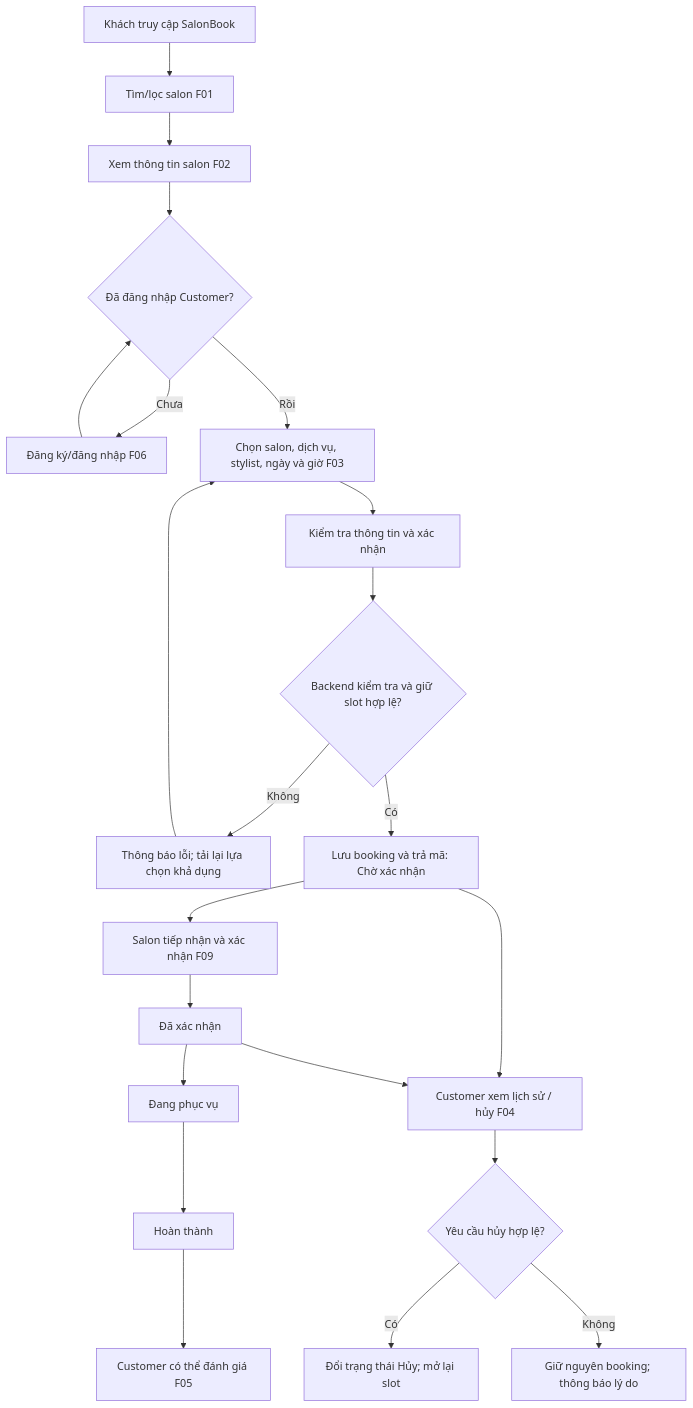
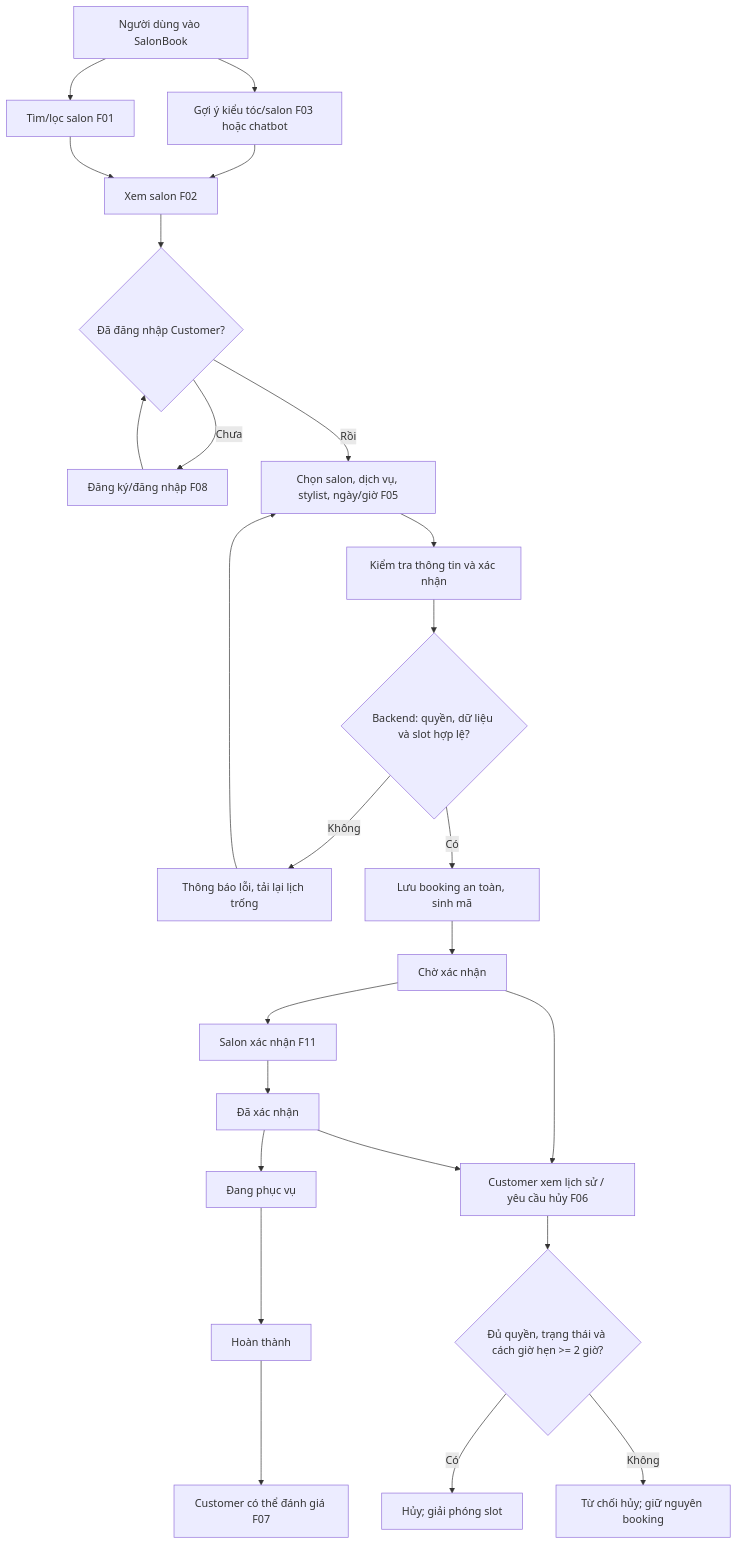
One commit to philipng09/salon-booking-project changed the diagram in docs/business-workflow.md. Above: the diagram before and after it, drawn with Mermaid. The commit also changed other lines of this file, not shown here.

````diff
--- a/docs/business-workflow.md
+++ b/docs/business-workflow.md
@@ -66,24 +84,27 @@
 ```mermaid
 flowchart TD
-    A[Khách truy cập SalonBook] --> B[Tìm/lọc salon F01]
-    B --> C[Xem thông tin salon F02]
-    C --> D{Đã đăng nhập Customer?}
-    D -- Chưa --> E[Đăng ký/đăng nhập F06]
-    E --> D
-    D -- Rồi --> F[Chọn salon, dịch vụ, stylist, ngày và giờ F03]
-    F --> G[Kiểm tra thông tin và xác nhận]
-    G --> H{Backend kiểm tra và giữ slot hợp lệ?}
-    H -- Không --> I[Thông báo lỗi; tải lại lựa chọn khả dụng]
-    I --> F
-    H -- Có --> J[Lưu booking và trả mã: Chờ xác nhận]
-    J --> K[Salon tiếp nhận và xác nhận F09]
-    K --> L[Đã xác nhận]
-    L --> M[Đang phục vụ]
-    M --> N[Hoàn thành]
-    N --> O[Customer có thể đánh giá F05]
-    J --> P[Customer xem lịch sử / hủy F04]
-    L --> P
-    P --> Q{Yêu cầu hủy hợp lệ?}
-    Q -- Có --> R[Đổi trạng thái Hủy; mở lại slot]
-    Q -- Không --> S[Giữ nguyên booking; thông báo lý do]
+    A[Người dùng vào SalonBook] --> B[Tìm/lọc salon F01]
+    A --> C[Gợi ý kiểu tóc/salon F03 hoặc chatbot]
+    C --> D[Xem salon F02]
+    B --> D
+    D --> E{Đã đăng nhập Customer?}
+    E -- Chưa --> F[Đăng ký/đăng nhập F08]
+    F --> E
+    E -- Rồi --> G[Chọn salon, dịch vụ, stylist, ngày/giờ F05]
+    G --> H[Kiểm tra thông tin và xác nhận]
+    H --> I{Backend: quyền, dữ liệu và slot hợp lệ?}
+    I -- Không --> J[Thông báo lỗi, tải lại lịch trống]
+    J --> G
+    I -- Có --> K[Lưu booking an toàn, sinh mã]
+    K --> L[Chờ xác nhận]
+    L --> M[Salon xác nhận F11]
+    M --> N[Đã xác nhận]
+    N --> O[Đang phục vụ]
+    O --> P[Hoàn thành]
+    P --> Q[Customer có thể đánh giá F07]
+    L --> R[Customer xem lịch sử / yêu cầu hủy F06]
+    N --> R
+    R --> S{Đủ quyền, trạng thái và cách giờ hẹn >= 2 giờ?}
+    S -- Có --> T[Hủy; giải phóng slot]
+    S -- Không --> U[Từ chối hủy; giữ nguyên booking]
 ```
````
